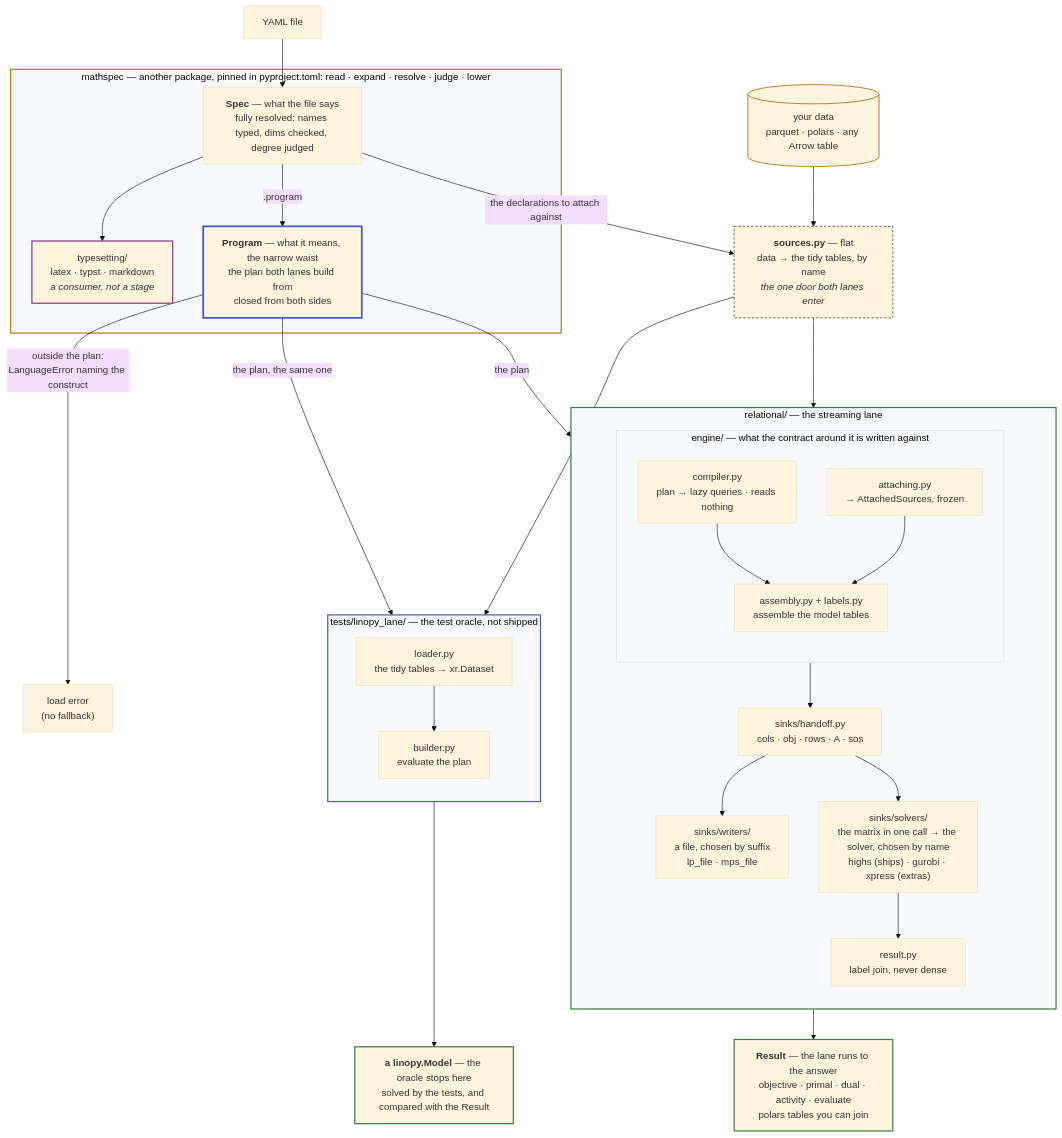
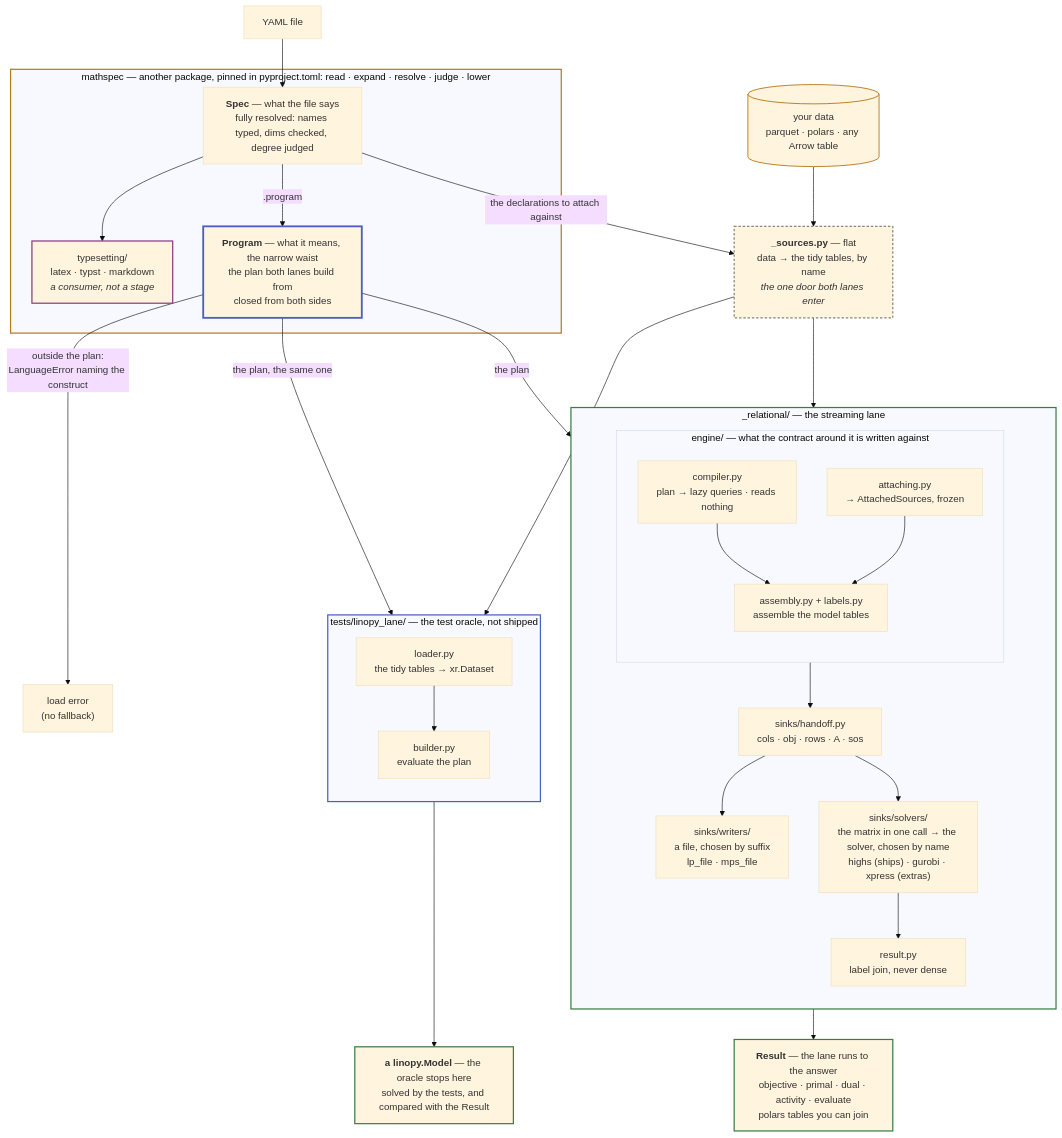
One commit to fluxopt/specsolve changed the diagram in docs/development/architecture.md. Above: the diagram before and after it, drawn with Mermaid (base theme). The commit also changed other lines of this file and 153 other files, not shown here.

````diff
--- a/docs/development/architecture.md
+++ b/docs/development/architecture.md
@@ -18,59 +18,59 @@
 ```mermaid
 flowchart TB
     Y[YAML file] --> SPEC
     DATA[("your data<br/>parquet · polars · any Arrow table")] --> SRC
 
     subgraph MS["mathspec — another package, pinned in pyproject.toml: read · expand · resolve · judge · lower"]
         SPEC["<b>Spec</b> — what the file says<br/>fully resolved: names typed, dims checked, degree judged"]
         SPEC --> TS["typesetting/<br/>latex · typst · markdown<br/><i>a consumer, not a stage</i>"]
         SPEC -->|".program"| PLAN["<b>Program</b> — what it means, the narrow waist<br/>the plan both lanes build from<br/>closed from both sides"]
     end
 
     SPEC -->|"the declarations to attach against"| SRC
-    SRC["<b>sources.py</b> — flat<br/>data → the tidy tables, by name<br/><i>the one door both lanes enter</i>"]
+    SRC["<b>_sources.py</b> — flat<br/>data → the tidy tables, by name<br/><i>the one door both lanes enter</i>"]
 
     PLAN -->|"outside the plan:<br/>LanguageError naming the construct"| ERR["load error<br/>(no fallback)"]
     PLAN -->|"the plan"| COMP
     SRC --> ATTACH
     PLAN -->|"the plan, the same one"| BUILD
     SRC --> LOAD
 
-    subgraph REL["relational/ — the streaming lane"]
+    subgraph REL["_relational/ — the streaming lane"]
         direction TB
         subgraph ENG["engine/ — what the contract around it is written against"]
             direction TB
             COMP["compiler.py<br/>plan → lazy queries · reads nothing"] --> ENGINE
             ATTACH["attaching.py<br/>→ AttachedSources, frozen"] --> ENGINE["assembly.py + labels.py<br/>assemble the model tables"]
         end
         ENG --> TABLES["sinks/handoff.py<br/>cols · obj · rows · A · sos"]
         TABLES --> LPS["sinks/writers/<br/>a file, chosen by suffix<br/>lp_file · mps_file"]
         TABLES --> DIRECT["sinks/solvers/<br/>the matrix in one call → the solver, chosen by name<br/>highs (ships) · gurobi · xpress (extras)"]
         DIRECT --> SOL["result.py<br/>label join, never dense"]
     end
 
     SOL --> ANS["<b>Result</b> — the lane runs to the answer<br/>objective · primal · dual · activity · evaluate<br/>polars tables you can join"]
 
     subgraph LIN["tests/linopy_lane/ — the test oracle, not shipped"]
         direction TB
         LOAD["loader.py<br/>the tidy tables → xr.Dataset"] --> BUILD["builder.py<br/>evaluate the plan"]
     end
 
     BUILD --> MODEL["<b>a linopy.Model</b> — the oracle stops here<br/>solved by the tests, and compared with the Result"]
 
     classDef laneL stroke:#b7791f,stroke-width:2px
     classDef laneR stroke:#3a7d44,stroke-width:2px
     classDef laneE stroke:#4a5fc1,stroke-width:2px
     classDef laneT stroke:#8b3a7d,stroke-width:2px
     classDef waist stroke:#4a5fc1,stroke-width:3px
     classDef flat stroke:#8a8578,stroke-width:2px,stroke-dasharray:4 3
     classDef data stroke:#b7791f,stroke-width:1.5px
     classDef out stroke:#3a7d44,stroke-width:2px
     class MS laneL
     class REL laneR
     class LIN laneE
     class TS laneT
     class PLAN waist
     class SRC flat
     class DATA data
     class ANS,MODEL out
 ```
````
